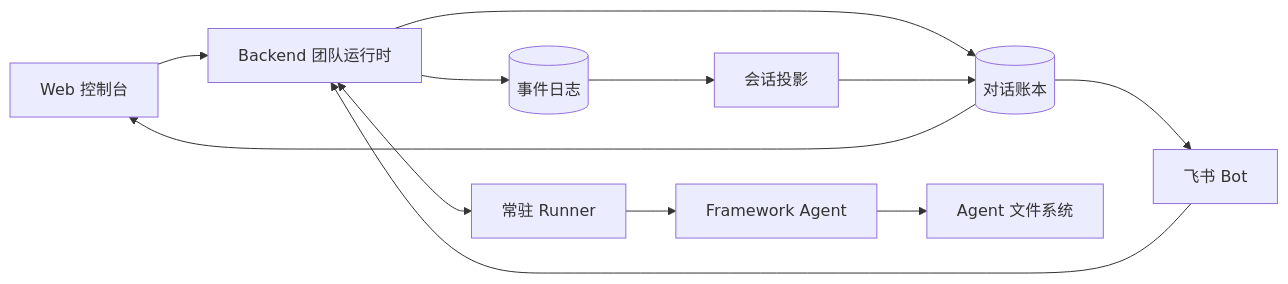
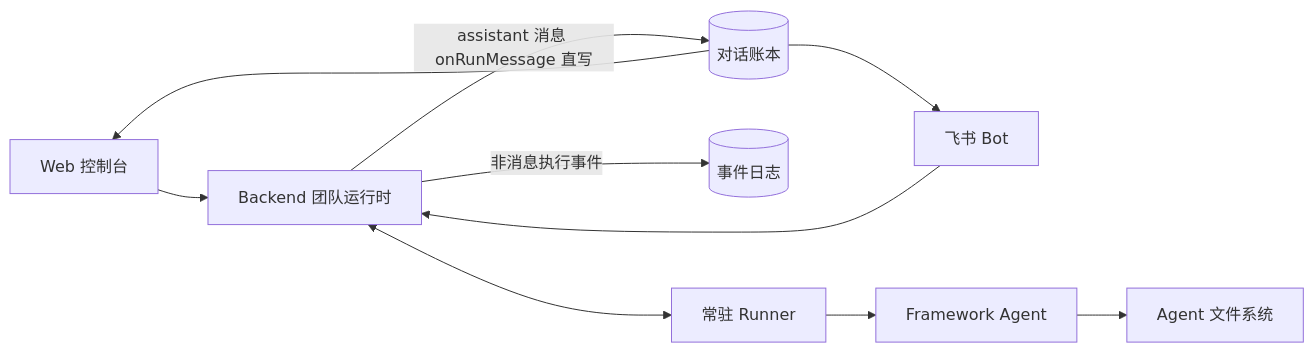
The diagram in README.md (Chengchcc/my-agent-team), drawn with Mermaid before and after one commit. The commit also changed other lines of this file and 21 other files, not shown here.

First line of the commit message:
docs(docs): sync arch wiki to onRunMessage model, add Issue/Orchestrator pages

````diff
--- a/README.md
+++ b/README.md
@@ -15,14 +15,12 @@
 ```mermaid
 flowchart LR
   Web[Web 控制台] --> Backend[Backend 团队运行时]
   Lark[飞书 Bot] --> Backend
-  Backend --> Ledger[(对话账本)]
-  Backend --> EventLog[(事件日志)]
+  Backend -->|assistant 消息 onRunMessage 直写| Ledger[(对话账本)]
+  Backend -->|非消息执行事件| EventLog[(事件日志)]
   Backend <--> Runner[常驻 Runner]
   Runner --> Framework[Framework Agent]
   Framework --> AFS[Agent 文件系统]
-  EventLog --> Projection[会话投影]
-  Projection --> Ledger
   Ledger --> Web
   Ledger --> Lark
 ```
````
